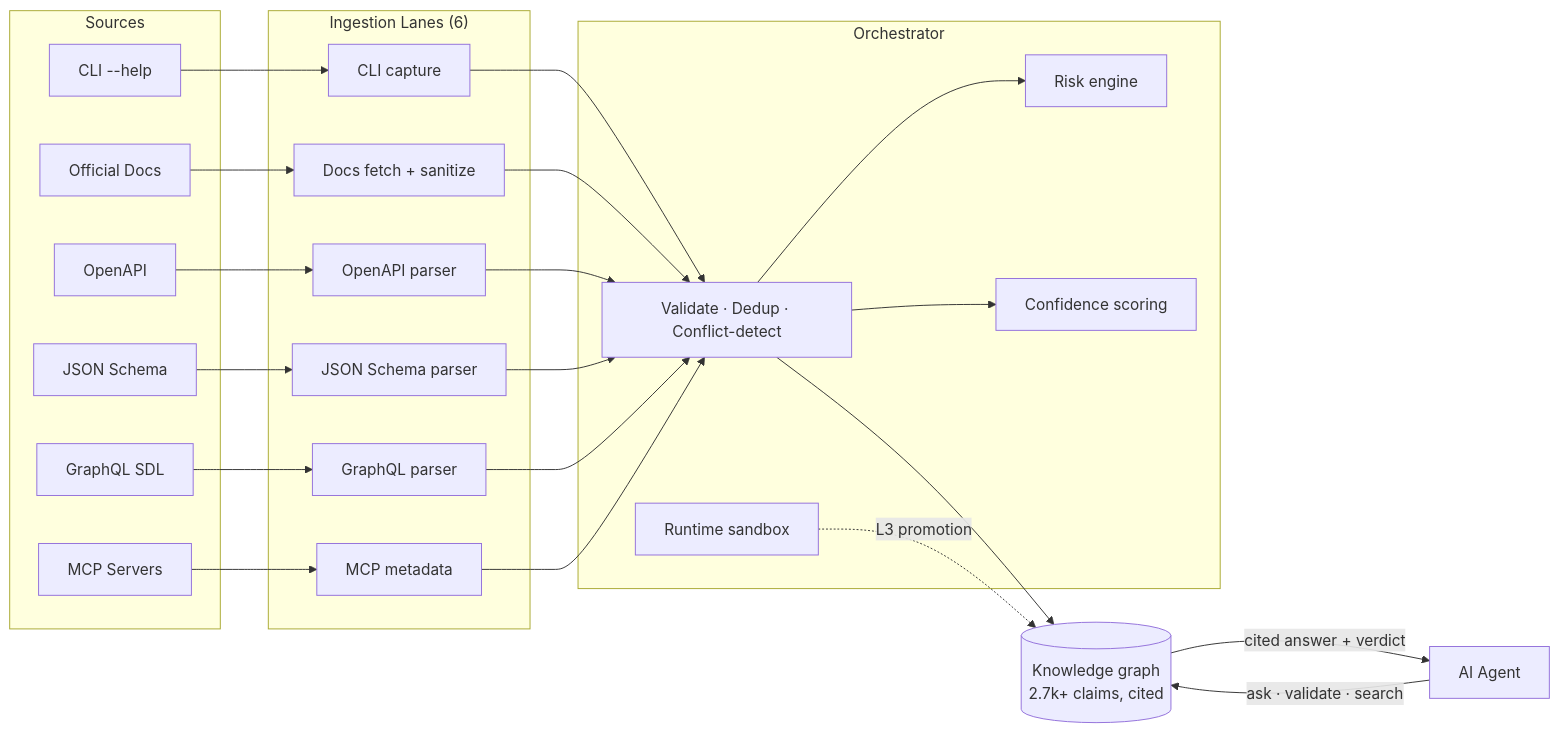
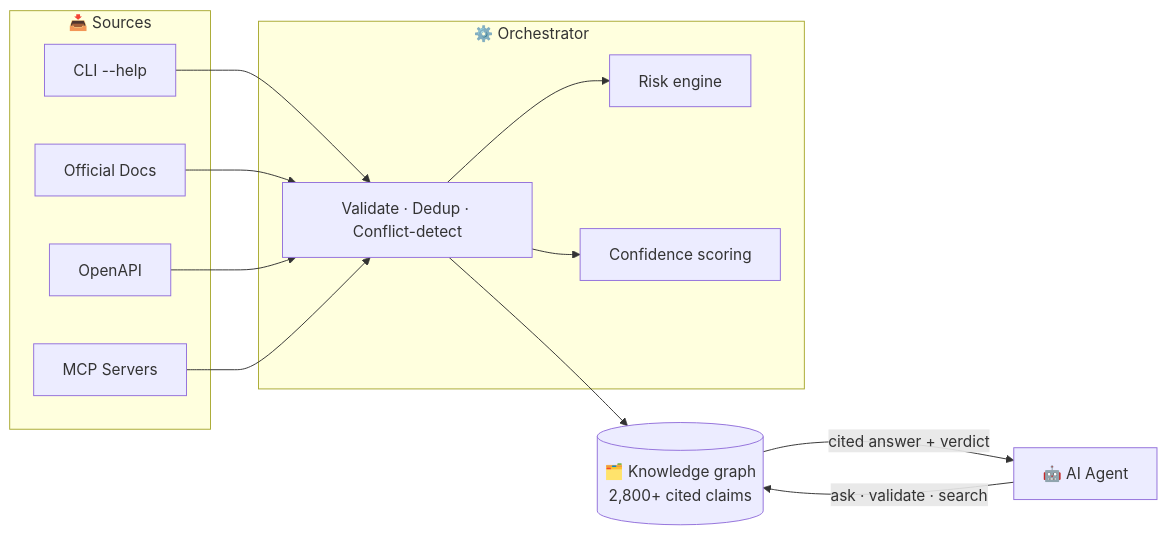
The diagram in README.md (ruth411/AgentAtlas), drawn with Mermaid before and after one commit. The commit also changed other lines of this file, not shown here.

````diff
--- a/README.md
+++ b/README.md
@@ -277,41 +479,30 @@
 ```mermaid
 flowchart LR
-    subgraph Sources["Sources"]
+    subgraph Sources["📥 Sources"]
         CLI[CLI --help]
         DOCS[Official Docs]
         OAS[OpenAPI]
-        JSON[JSON Schema]
-        GQL[GraphQL SDL]
         MCP[MCP Servers]
     end
 
-    subgraph Lanes["Ingestion Lanes (6)"]
-        L1[CLI capture] & L2[Docs fetch + sanitize] & L3[OpenAPI parser]
-        L4[JSON Schema parser] & L5[GraphQL parser] & L6[MCP metadata]
-    end
-
-    subgraph Engine["Orchestrator"]
+    subgraph Engine["⚙️ Orchestrator"]
         ORCH[Validate · Dedup · Conflict-detect]
         RISK[Risk engine]
         CONF[Confidence scoring]
-        SAND[Runtime sandbox]
     end
 
-    GRAPH[("Knowledge graph<br/>2.7k+ claims, cited")]
-    AGENT[AI Agent]
+    GRAPH[("🗂️ Knowledge graph<br/>2,800+ cited claims")]
+    AGENT[🤖 AI Agent]
 
-    CLI --> L1 --> ORCH
-    DOCS --> L2 --> ORCH
-    OAS --> L3 --> ORCH
-    JSON --> L4 --> ORCH
-    GQL --> L5 --> ORCH
-    MCP --> L6 --> ORCH
+    CLI --> ORCH
+    DOCS --> ORCH
+    OAS --> ORCH
+    MCP --> ORCH
 
     ORCH --> RISK
     ORCH --> CONF
     ORCH --> GRAPH
-    SAND -.->|L3 promotion| GRAPH
 
     AGENT -->|ask · validate · search| GRAPH
     GRAPH -->|cited answer + verdict| AGENT
 ```
````
